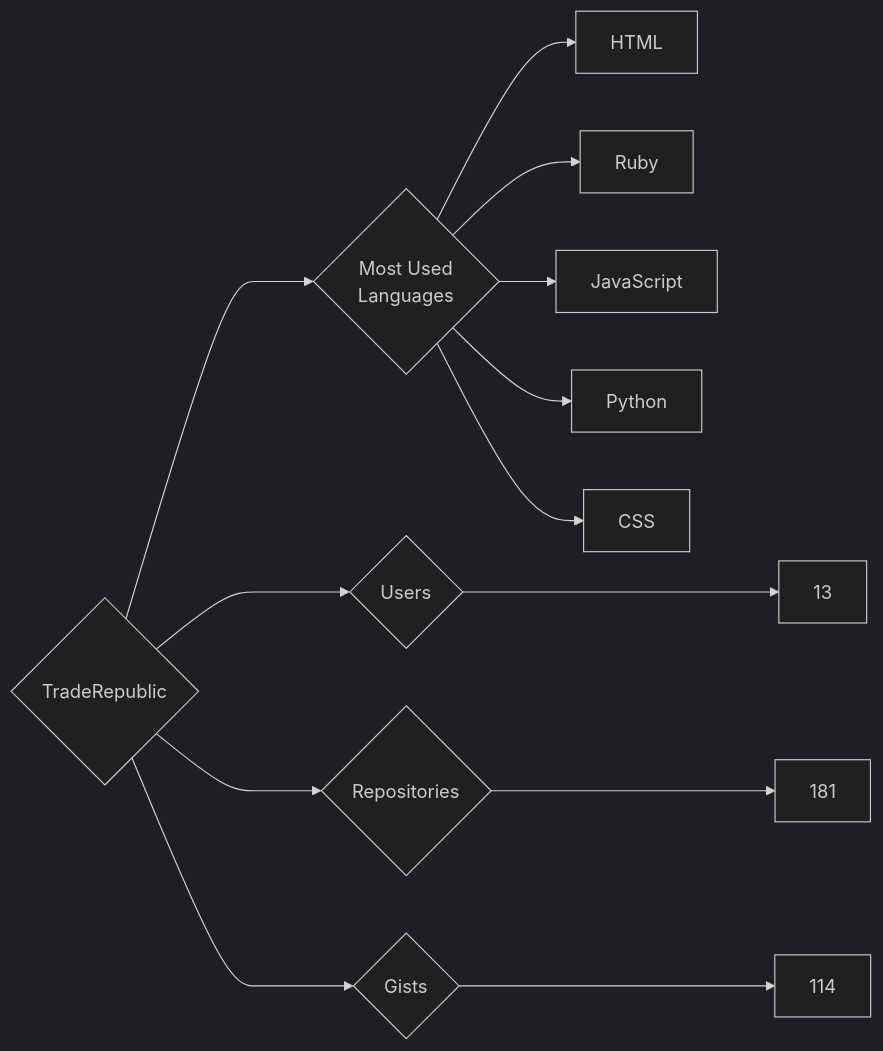
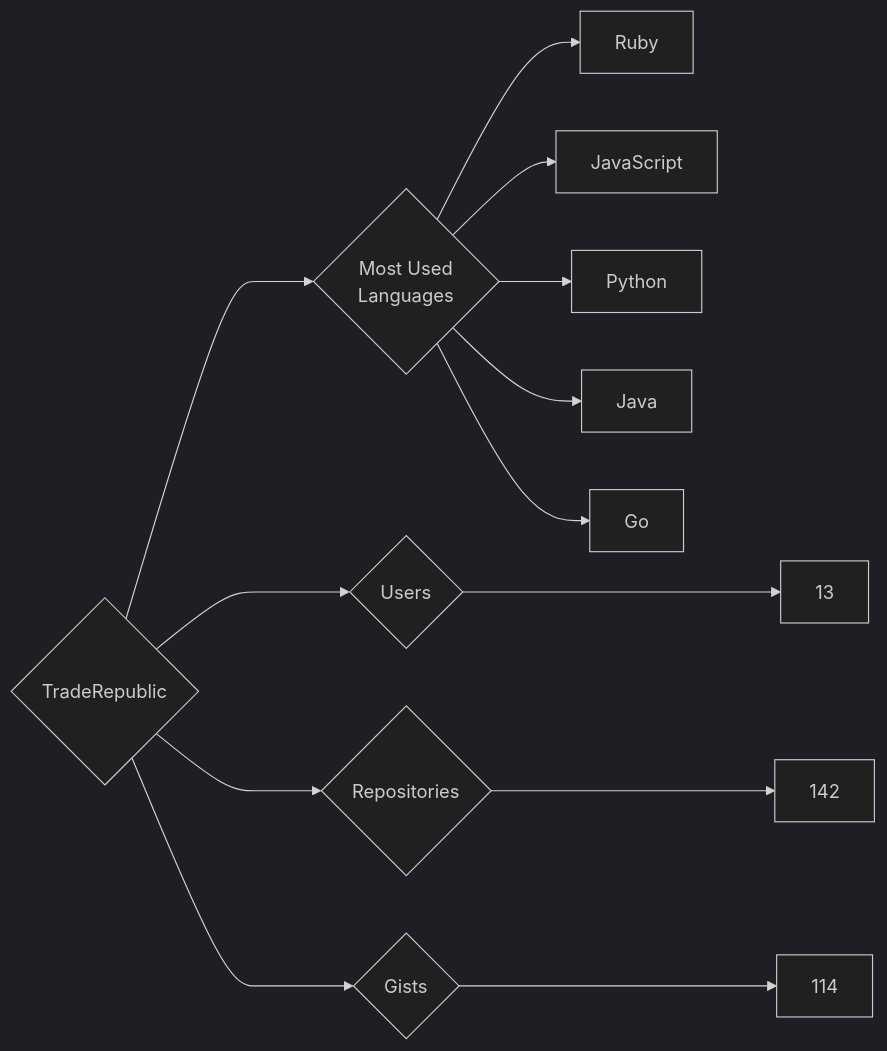
One commit to trickest/insiders changed the diagram in targets/TradeRepublic/README.md. Above: the diagram before and after it, drawn with Mermaid (dark theme). The commit also changed 1389 other files, not shown here.

````diff
--- a/targets/TradeRepublic/README.md
+++ b/targets/TradeRepublic/README.md
@@ -3,13 +3,13 @@
 ```mermaid
 graph LR
 COMPANY_NAME{TradeRepublic}
 COMPANY_NAME ---> U{Users} ---> UN[13]
-COMPANY_NAME ---> R{Repositories} ---> RN[181]
+COMPANY_NAME ---> R{Repositories} ---> RN[142]
 COMPANY_NAME ---> G{Gists} ---> GN[114]
 COMPANY_NAME ---> ML{Most Used<br>Languages}
-ML --> HTML[HTML]
 ML --> Ruby[Ruby]
 ML --> JavaScript[JavaScript]
 ML --> Python[Python]
-ML --> CSS[CSS]
+ML --> Java[Java]
+ML --> Go[Go]
 ```
````
